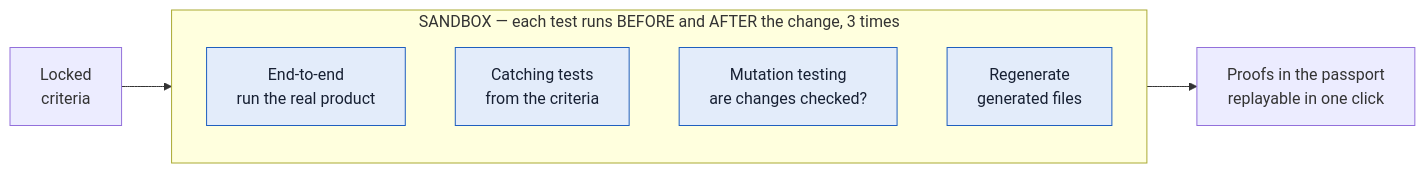
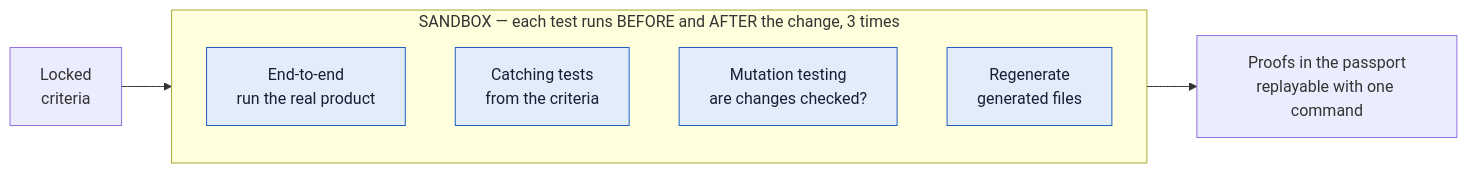
One commit to Thomas-Sks/change-passport changed the diagram in livrable/diagrams/evidence.mmd. Above: the diagram before and after it, drawn with Mermaid. The commit also changed 13 other files, not shown here.

First line of the commit message:
Deliverable: proofs are replayed with one command, not one click

```diff
--- a/livrable/diagrams/evidence.mmd
+++ b/livrable/diagrams/evidence.mmd
@@ -1,11 +1,11 @@
 flowchart LR
   IN["Locked<br/>criteria"] --> BOX
   subgraph BOX["SANDBOX — each test runs BEFORE and AFTER the change, 3 times"]
     E["End-to-end<br/>run the real product"]
     C["Catching tests<br/>from the criteria"]
     M["Mutation testing<br/>are changes checked?"]
     G["Regenerate<br/>generated files"]
   end
-  BOX --> OUT["Proofs in the passport<br/>replayable in one click"]
+  BOX --> OUT["Proofs in the passport<br/>replayable with one command"]
   classDef box fill:#e3ecfa,stroke:#1f5fbf,color:#172033
   class E,C,M,G box
```
